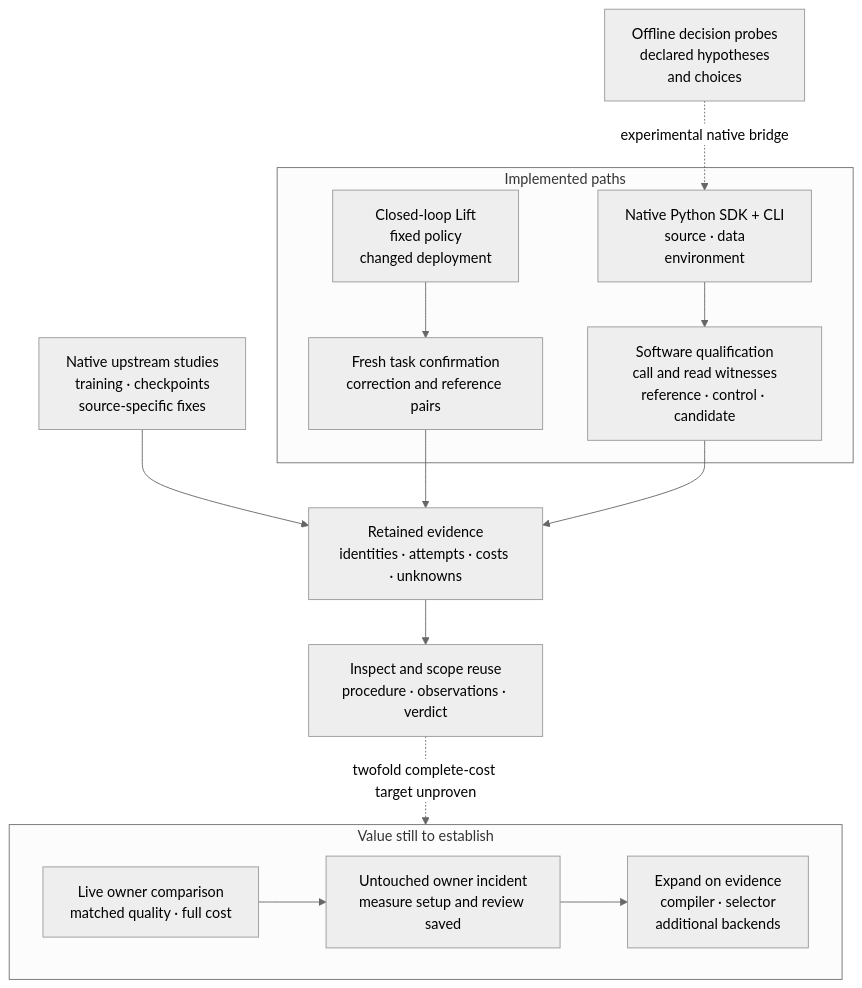
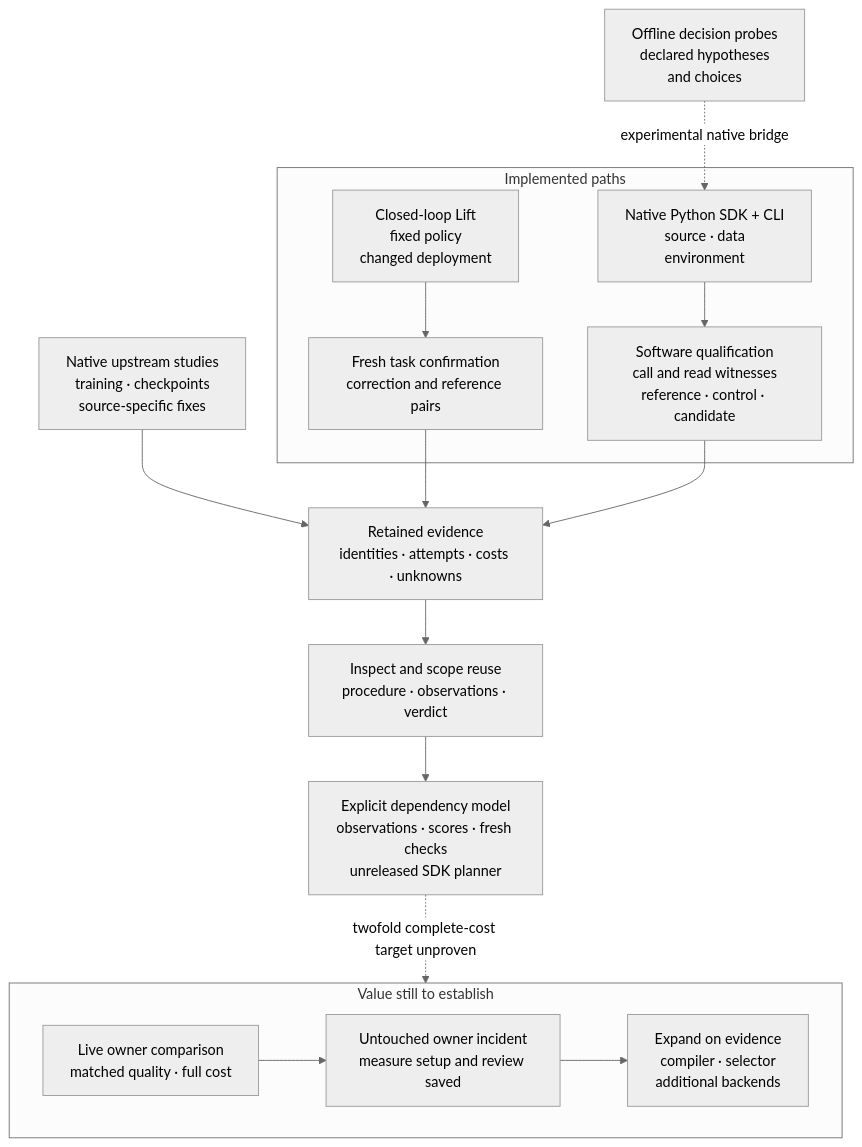
Before and after one commit to manfromnowhere143/nisayon: the first of 3 diagrams in README.md, drawn with Mermaid (neutral theme). The commit also changed other lines of this file and 61 other files, not shown here.

````diff
--- a/README.md
+++ b/README.md
@@ -61,21 +61,22 @@
 ```mermaid
 flowchart TB
     accTitle: Nisayon execution, retained evidence, reuse and the next value test
     accDescr: Closed-loop Lift experiments require fresh task confirmation. The native Python SDK checks declared software relations and owner-file reads. Separate upstream studies qualify exact source and training recipes. All retain scoped evidence and costs. Procedure, observation and verdict reuse have different requirements. Owner savings and a separate untouched owner incident remain unproved; expansion depends on those results.
     subgraph W["Implemented paths"]
         T["Closed-loop Lift<br/>fixed policy<br/>changed deployment"] --> F["Fresh task confirmation<br/>correction and reference pairs"]
         N["Native Python SDK + CLI<br/>source · data<br/>environment"] --> S["Software qualification<br/>call and read witnesses<br/>reference · control · candidate"]
     end
     D["Offline decision probes<br/>declared hypotheses<br/>and choices"] -. "experimental native bridge" .-> N
     X["Native upstream studies<br/>training · checkpoints<br/>source-specific fixes"] --> H
     F --> H["Retained evidence<br/>identities · attempts · costs · unknowns"]
     S --> H
     H --> R["Inspect and scope reuse<br/>procedure · observations · verdict"]
+    R --> A["Explicit dependency model<br/>observations · scores · fresh checks<br/>unreleased SDK planner"]
     subgraph V["Value still to establish"]
         direction LR
         O["Live owner comparison<br/>matched quality · full cost"]
         O --> U["Untouched owner incident<br/>measure setup and review saved"]
         U --> P["Expand on evidence<br/>compiler · selector<br/>additional backends"]
     end
-    R -. "twofold complete-cost target unproven" .-> V
+    A -. "twofold complete-cost target unproven" .-> V
 ```
````
